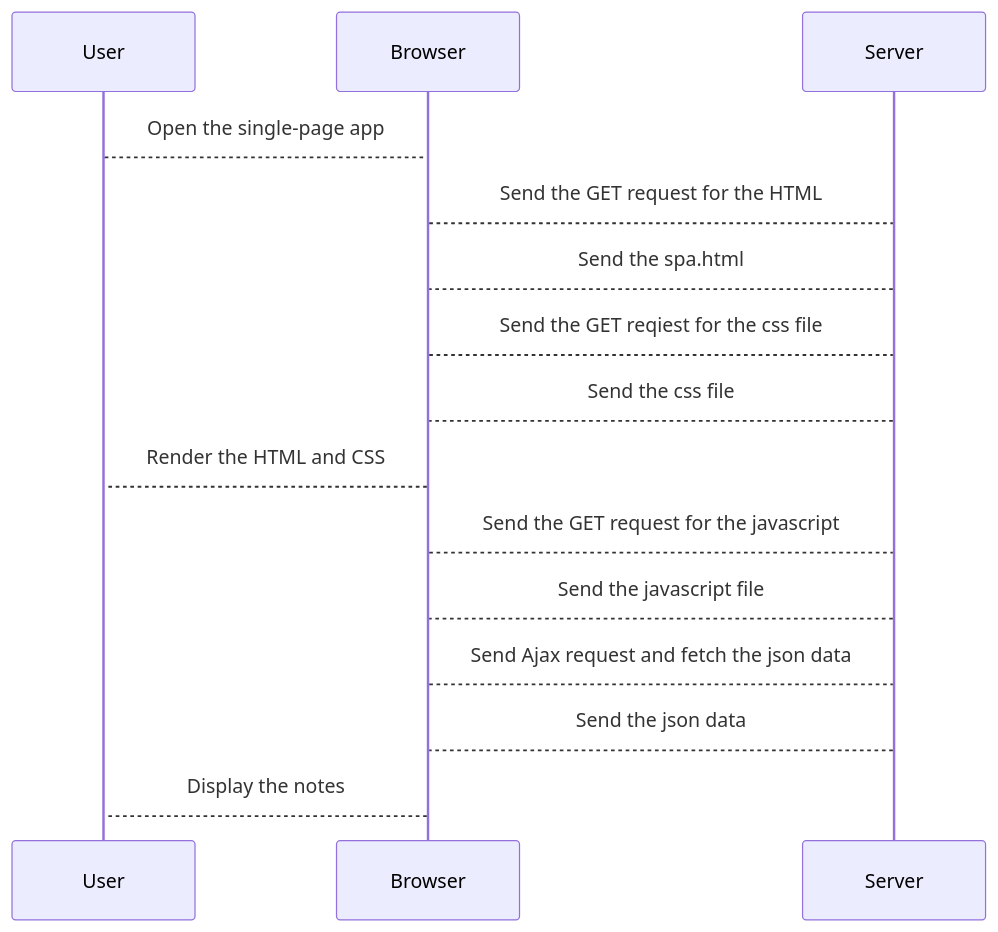
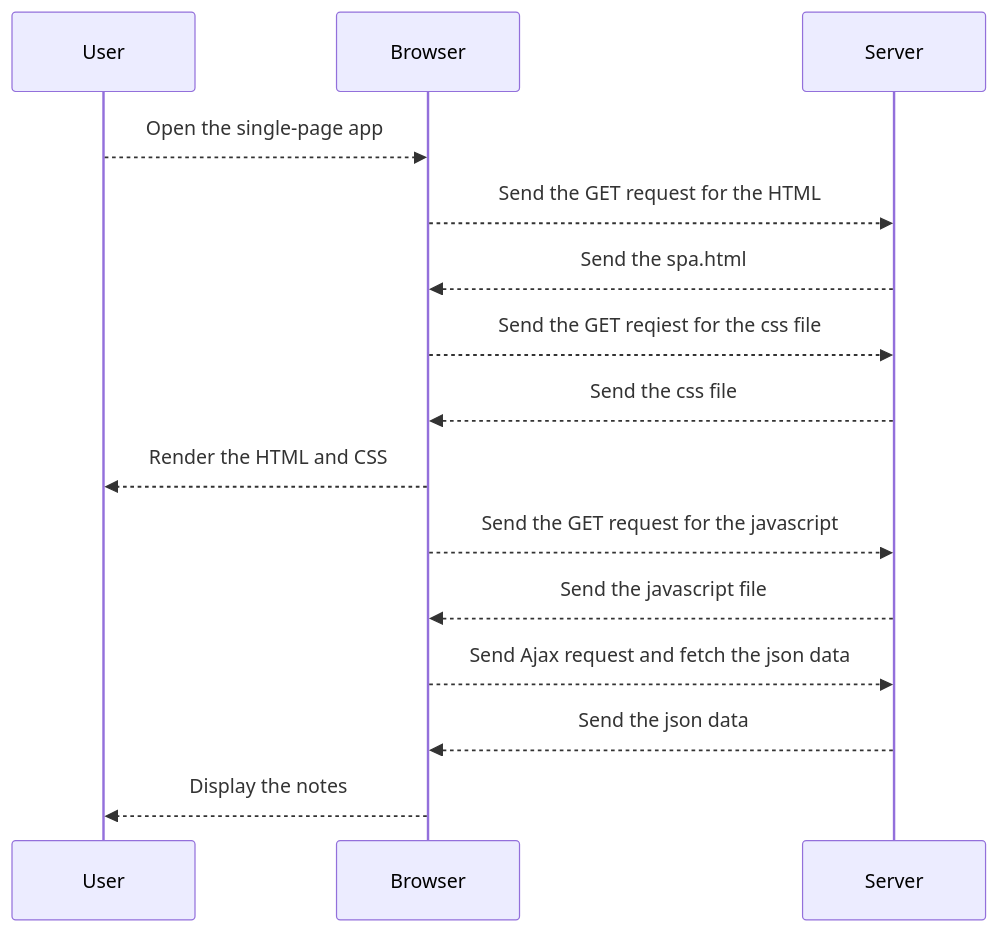
Before and after one commit to q79843603/FullStackOpen2023: the diagram in part0/ex5.md, drawn with Mermaid. The commit also changed 1 other file, not shown here.

Commit message:
added arrow

````diff
--- a/part0/ex5.md
+++ b/part0/ex5.md
@@ -3,19 +3,19 @@
 ```mermaid
 sequenceDiagram
     participant User
     participant Browser
     participant Server
 
-User-->Browser: Open the single-page app
-Browser-->Server: Send the GET request for the HTML
-Server-->Browser: Send the spa.html
-Browser-->Server: Send the GET reqiest for the css file
-Server-->Browser: Send the css file 
-Browser-->User: Render the HTML and CSS
-Browser-->Server: Send the GET request for the javascript
-Server-->Browser: Send the javascript file 
-Browser-->Server: Send Ajax request and fetch the json data
-Server-->Browser: Send the json data
-Browser-->User: Display the notes
+User-->>Browser: Open the single-page app
+Browser-->>Server: Send the GET request for the HTML
+Server-->>Browser: Send the spa.html
+Browser-->>Server: Send the GET reqiest for the css file
+Server-->>Browser: Send the css file 
+Browser-->>User: Render the HTML and CSS
+Browser-->>Server: Send the GET request for the javascript
+Server-->>Browser: Send the javascript file 
+Browser-->>Server: Send Ajax request and fetch the json data
+Server-->>Browser: Send the json data
+Browser-->>User: Display the notes
 
 ```
````
